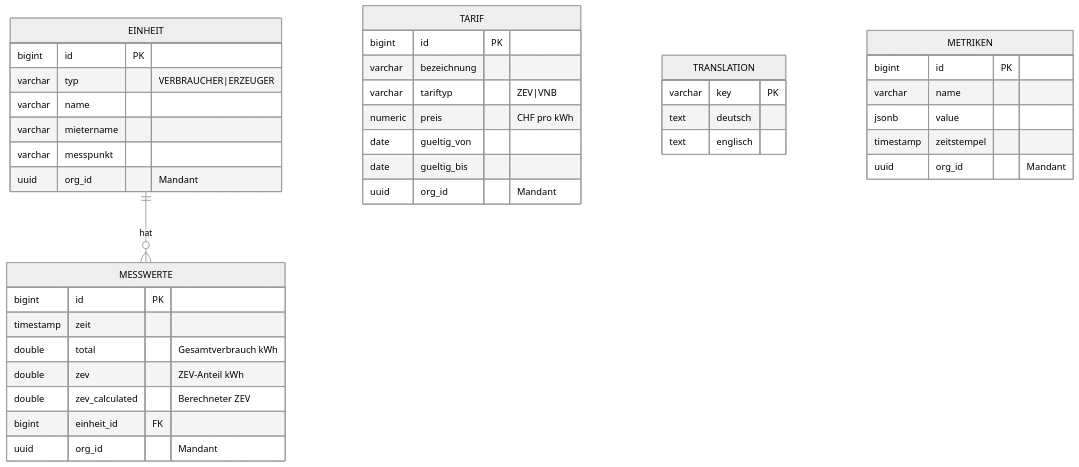
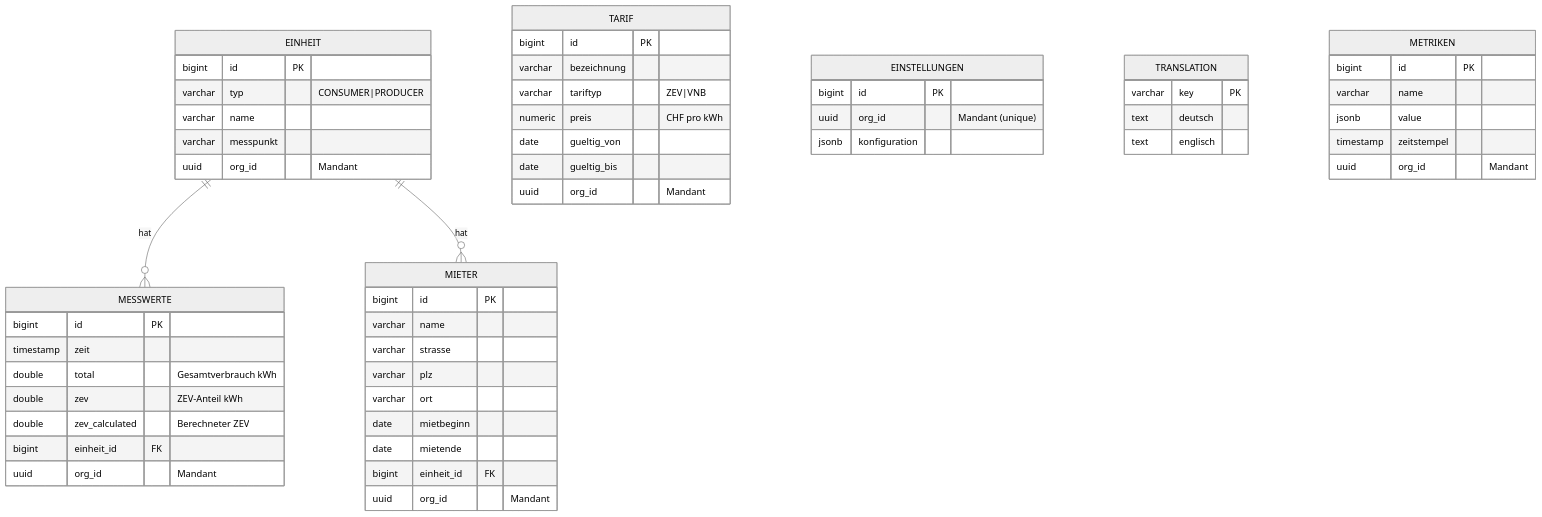
The diagram in CLAUDE.md (ursnacht/ZEV), drawn with Mermaid (neutral theme) before and after one commit. The commit also changed other lines of this file, not shown here.

````diff
--- a/CLAUDE.md
+++ b/CLAUDE.md
@@ -151,47 +248,65 @@
 ```mermaid
 erDiagram
     EINHEIT {
         bigint id PK
-        varchar typ "VERBRAUCHER|ERZEUGER"
+        varchar typ "CONSUMER|PRODUCER"
         varchar name
-        varchar mietername
         varchar messpunkt
+        uuid org_id "Mandant"
+    }
+
+    MIETER {
+        bigint id PK
+        varchar name
+        varchar strasse
+        varchar plz
+        varchar ort
+        date mietbeginn
+        date mietende
+        bigint einheit_id FK
         uuid org_id "Mandant"
     }
 
     MESSWERTE {
         bigint id PK
         timestamp zeit
         double total "Gesamtverbrauch kWh"
         double zev "ZEV-Anteil kWh"
         double zev_calculated "Berechneter ZEV"
         bigint einheit_id FK
         uuid org_id "Mandant"
     }
 
     TARIF {
         bigint id PK
         varchar bezeichnung
         varchar tariftyp "ZEV|VNB"
         numeric preis "CHF pro kWh"
         date gueltig_von
         date gueltig_bis
         uuid org_id "Mandant"
     }
 
+    EINSTELLUNGEN {
+        bigint id PK
+        uuid org_id "Mandant (unique)"
+        jsonb konfiguration
+    }
+
     TRANSLATION {
         varchar key PK
         text deutsch
         text englisch
     }
 
     METRIKEN {
         bigint id PK
         varchar name
         jsonb value
         timestamp zeitstempel
         uuid org_id "Mandant"
     }
 
     EINHEIT ||--o{ MESSWERTE : "hat"
+    EINHEIT ||--o{ MIETER : "hat"
 ```
````
